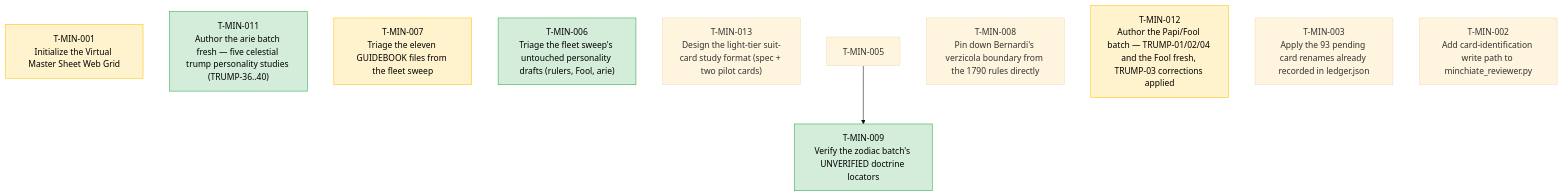
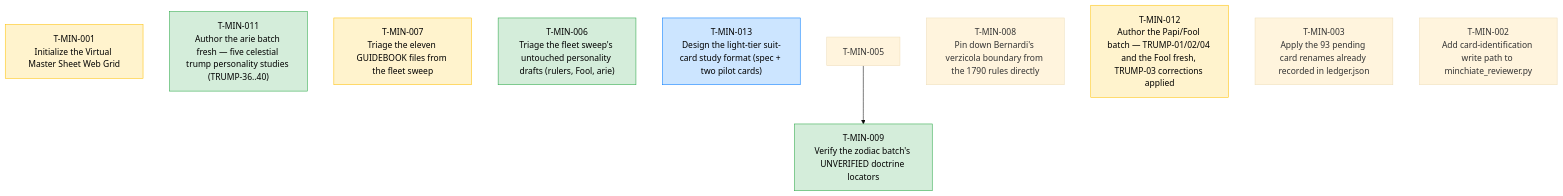
The diagram in TASKS.md (wgmilleriii/task_coordinator), drawn with Mermaid (base theme) before and after one commit. The commit also changed other lines of this file and 1 other file, not shown here.

Commit message:
T-MIN-013: claimed by Worker-F13

````diff
--- a/TASKS.md
+++ b/TASKS.md
@@ -7,18 +7,18 @@
 ```mermaid
 graph TD
     classDef done fill:#d4edda,stroke:#28a745,color:#000;
     classDef blocked fill:#f8d7da,stroke:#dc3545,color:#000;
     classDef review fill:#fff3cd,stroke:#ffc107,color:#000;
     classDef active fill:#cce5ff,stroke:#007bff,color:#000;
     T-MIN-001["T-MIN-001<br/>Initialize the Virtual Master Sheet Web Grid"]:::review
     T-MIN-011["T-MIN-011<br/>Author the arie batch fresh — five celestial trump personality studies (TRUMP-36..40)"]:::done
     T-MIN-007["T-MIN-007<br/>Triage the eleven GUIDEBOOK files from the fleet sweep"]:::review
     T-MIN-006["T-MIN-006<br/>Triage the fleet sweep's untouched personality drafts (rulers, Fool, arie)"]:::done
-    T-MIN-013["T-MIN-013<br/>Design the light-tier suit-card study format (spec + two pilot cards)"]
+    T-MIN-013["T-MIN-013<br/>Design the light-tier suit-card study format (spec + two pilot cards)"]:::active
     T-MIN-009["T-MIN-009<br/>Verify the zodiac batch's UNVERIFIED doctrine locators"]:::done
     T-MIN-005 --> T-MIN-009
     T-MIN-008["T-MIN-008<br/>Pin down Bernardi's verzicola boundary from the 1790 rules directly"]
     T-MIN-012["T-MIN-012<br/>Author the Papi/Fool batch — TRUMP-01/02/04 and the Fool fresh, TRUMP-03 corrections applied"]:::review
     T-MIN-003["T-MIN-003<br/>Apply the 93 pending card renames already recorded in ledger.json"]
     T-MIN-002["T-MIN-002<br/>Add card-identification write path to minchiate_reviewer.py"]
 ```
````
